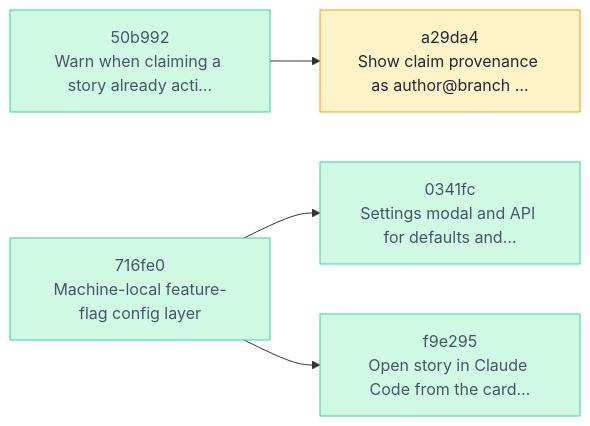
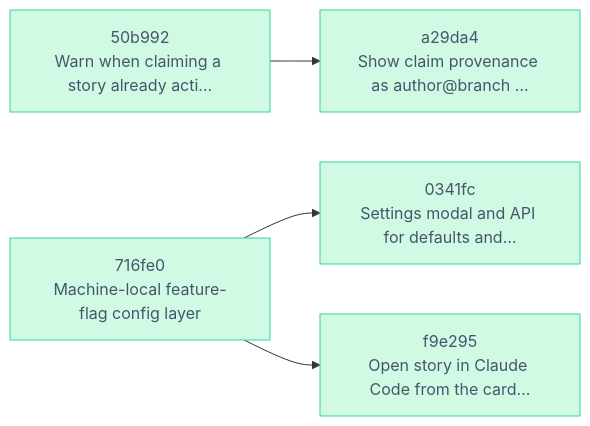
Before and after one commit to Vitund-AI/skald: the diagram in .skald/README.md, drawn with Mermaid. The commit also changed other lines of this file and 3 other files, not shown here.

````diff
--- a/.skald/README.md
+++ b/.skald/README.md
@@ -16,15 +16,13 @@
 ```mermaid
 flowchart LR
     n_0341fc["0341fc<br/>Settings modal and API for defaults and…"]
     n_50b992["50b992<br/>Warn when claiming a story already acti…"]
     n_716fe0["716fe0<br/>Machine-local feature-flag config layer"]
     n_a29da4["a29da4<br/>Show claim provenance as author@branch …"]
     n_f9e295["f9e295<br/>Open story in Claude Code from the card…"]
-    n_50b992 --> n_a29da4
     n_716fe0 --> n_0341fc
     n_716fe0 --> n_f9e295
-    classDef active fill:#fef3c7,stroke:#f59e0b,color:#1e293b
+    n_50b992 --> n_a29da4
     classDef done fill:#d1fae5,stroke:#34d399,color:#475569
-    class n_a29da4 active
-    class n_0341fc,n_50b992,n_716fe0,n_f9e295 done
+    class n_0341fc,n_50b992,n_716fe0,n_a29da4,n_f9e295 done
 ```
````
